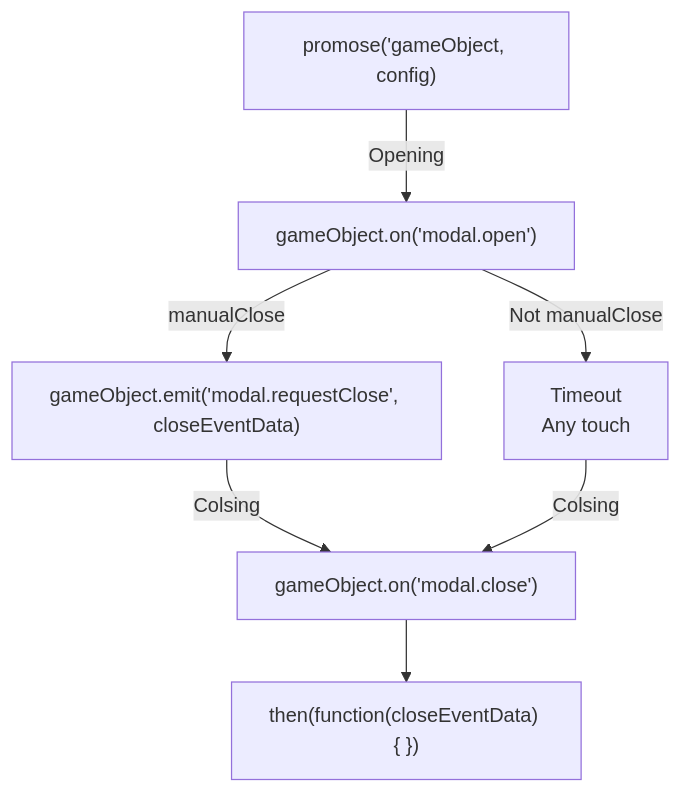
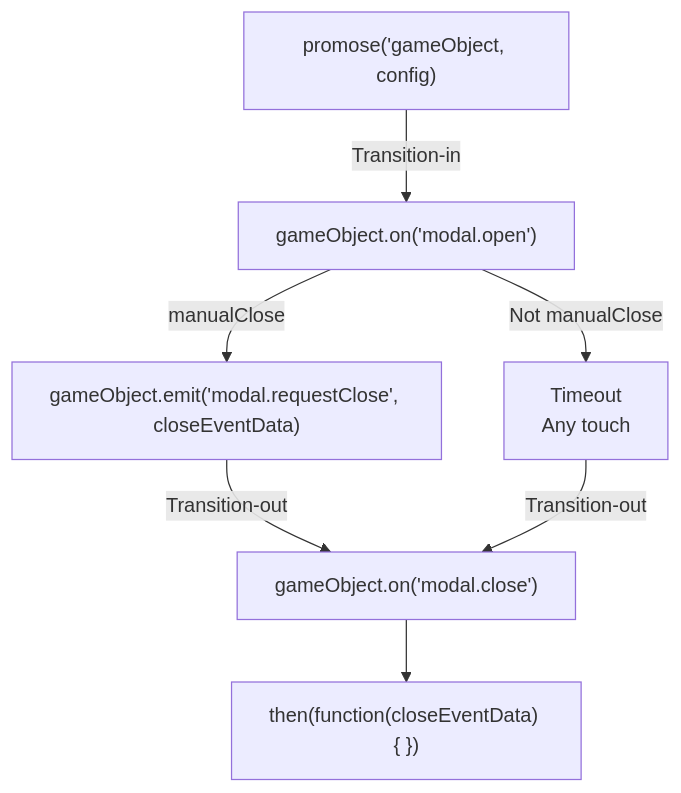
Before and after one commit to rexrainbow/phaser3-rex-notes: the diagram in docs/docs/modal-promise.md, drawn with Mermaid. The commit also changed 5 other files, not shown here.

Commit message:
Update graph

````diff
--- a/docs/docs/modal-promise.md
+++ b/docs/docs/modal-promise.md
@@ -82,17 +82,17 @@
 ```mermaid
 graph TB
 
 Promise["promose('gameObject, config)"]
 OnOpen["gameObject.on('modal.open')"]
 RequestCloseEvent["gameObject.emit('modal.requestClose', closeEventData)"]
 TimeOut["Timeout<br>Any touch"]
 OnClose["gameObject.on('modal.close')"]
 Resolve["then(function(closeEventData) { })"]
 
-Promise --> |Opening| OnOpen
+Promise --> |Transition-in| OnOpen
 OnOpen --> |manualClose| RequestCloseEvent
 OnOpen --> |Not manualClose| TimeOut
-RequestCloseEvent --> |Colsing| OnClose
-TimeOut --> |Colsing| OnClose
+RequestCloseEvent --> |Transition-out| OnClose
+TimeOut --> |Transition-out| OnClose
 OnClose --> Resolve
 ```
````
